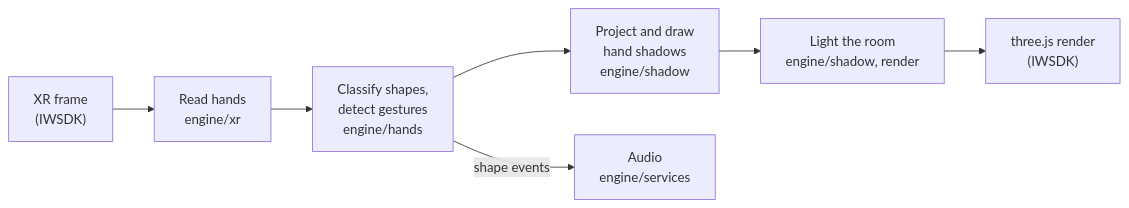
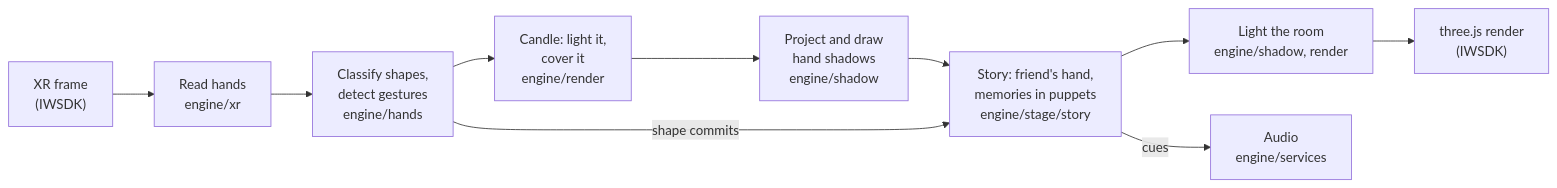
One commit to ActuallyAnson/where-shadows-wander changed the diagram in docs/ARCHITECTURE.md. Above: the diagram before and after it, drawn with Mermaid. The commit also changed other lines of this file and 1 other file, not shown here.

First line of the commit message:
docs: bring ARCHITECTURE.md up to date with the story

````diff
--- a/docs/ARCHITECTURE.md
+++ b/docs/ARCHITECTURE.md
@@ -25,9 +25,12 @@
 ```mermaid
 flowchart LR
   XR["XR frame<br/>(IWSDK)"] --> Hands["Read hands<br/>engine/xr"]
   Hands --> Classify["Classify shapes,<br/>detect gestures<br/>engine/hands"]
-  Classify --> Shadow["Project and draw<br/>hand shadows<br/>engine/shadow"]
-  Shadow --> Light["Light the room<br/>engine/shadow, render"]
-  Classify -->|"shape events"| Audio["Audio<br/>engine/services"]
+  Classify --> Candle["Candle: light it,<br/>cover it<br/>engine/render"]
+  Candle --> Shadow["Project and draw<br/>hand shadows<br/>engine/shadow"]
+  Shadow --> Story["Story: friend's hand,<br/>memories in puppets<br/>engine/stage/story"]
+  Classify -->|"shape commits"| Story
+  Story --> Light["Light the room<br/>engine/shadow, render"]
+  Story -->|"cues"| Audio["Audio<br/>engine/services"]
   Light --> Draw["three.js render<br/>(IWSDK)"]
 ```
````
